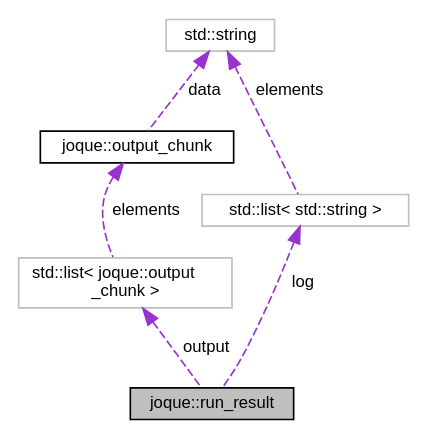
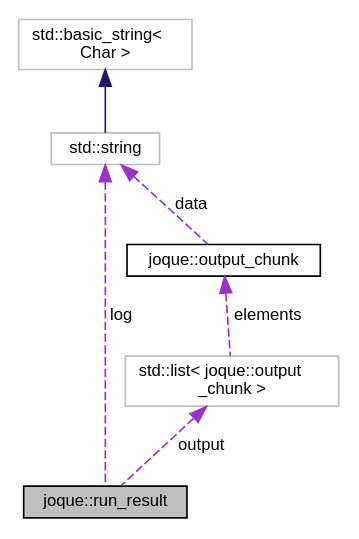
Before and after one commit to koniarik/joque: the diagram in structjoque_1_1run__result__coll__graph.dot, drawn with Graphviz. The commit also changed 256 other files, not shown here.

```diff
--- a/structjoque_1_1run__result__coll__graph.dot
+++ b/structjoque_1_1run__result__coll__graph.dot
@@ -1,16 +1,16 @@
 digraph "joque::run_result"
 {
  // LATEX_PDF_SIZE
   edge [fontname="Helvetica",fontsize="10",labelfontname="Helvetica",labelfontsize="10"];
   node [fontname="Helvetica",fontsize="10",shape=record];
-  Node1 [label="joque::run_result",height=0.2,width=0.4,color="black", fillcolor="grey75", style="filled", fontcolor="black",tooltip="Result of single traits run call. Information is stored in run record."];
-  Node2 -> Node1 [dir="back",color="darkorchid3",fontsize="10",style="dashed",label=" output" ,fontname="Helvetica"];
-  Node2 [label="std::list\< joque::output\l_chunk \>",height=0.2,width=0.4,color="grey75", fillcolor="white", style="filled",tooltip=" "];
-  Node3 -> Node2 [dir="back",color="darkorchid3",fontsize="10",style="dashed",label=" elements" ,fontname="Helvetica"];
-  Node3 [label="joque::output_chunk",height=0.2,width=0.4,color="black", fillcolor="white", style="filled",URL="$structjoque_1_1output__chunk.html",tooltip=" "];
-  Node4 -> Node3 [dir="back",color="darkorchid3",fontsize="10",style="dashed",label=" data" ,fontname="Helvetica"];
-  Node4 [label="std::string",height=0.2,width=0.4,color="grey75", fillcolor="white", style="filled",tooltip=" "];
-  Node6 -> Node1 [dir="back",color="darkorchid3",fontsize="10",style="dashed",label=" log" ,fontname="Helvetica"];
-  Node6 [label="std::list\< std::string \>",height=0.2,width=0.4,color="grey75", fillcolor="white", style="filled",tooltip=" "];
-  Node4 -> Node6 [dir="back",color="darkorchid3",fontsize="10",style="dashed",label=" elements" ,fontname="Helvetica"];
+  Node1 [label="joque::run_result",height=0.2,width=0.4,color="black", fillcolor="grey75", style="filled", fontcolor="black",tooltip="TODO: hide this Result of single traits run call."];
+  Node2 -> Node1 [dir="back",color="darkorchid3",fontsize="10",style="dashed",label=" log" ,fontname="Helvetica"];
+  Node2 [label="std::string",height=0.2,width=0.4,color="grey75", fillcolor="white", style="filled",tooltip=" "];
+  Node3 -> Node2 [dir="back",color="midnightblue",fontsize="10",style="solid",fontname="Helvetica"];
+  Node3 [label="std::basic_string\<\l Char \>",height=0.2,width=0.4,color="grey75", fillcolor="white", style="filled",tooltip=" "];
+  Node4 -> Node1 [dir="back",color="darkorchid3",fontsize="10",style="dashed",label=" output" ,fontname="Helvetica"];
+  Node4 [label="std::list\< joque::output\l_chunk \>",height=0.2,width=0.4,color="grey75", fillcolor="white", style="filled",tooltip=" "];
+  Node5 -> Node4 [dir="back",color="darkorchid3",fontsize="10",style="dashed",label=" elements" ,fontname="Helvetica"];
+  Node5 [label="joque::output_chunk",height=0.2,width=0.4,color="black", fillcolor="white", style="filled",URL="$structjoque_1_1output__chunk.html",tooltip=" "];
+  Node2 -> Node5 [dir="back",color="darkorchid3",fontsize="10",style="dashed",label=" data" ,fontname="Helvetica"];
 }
```
